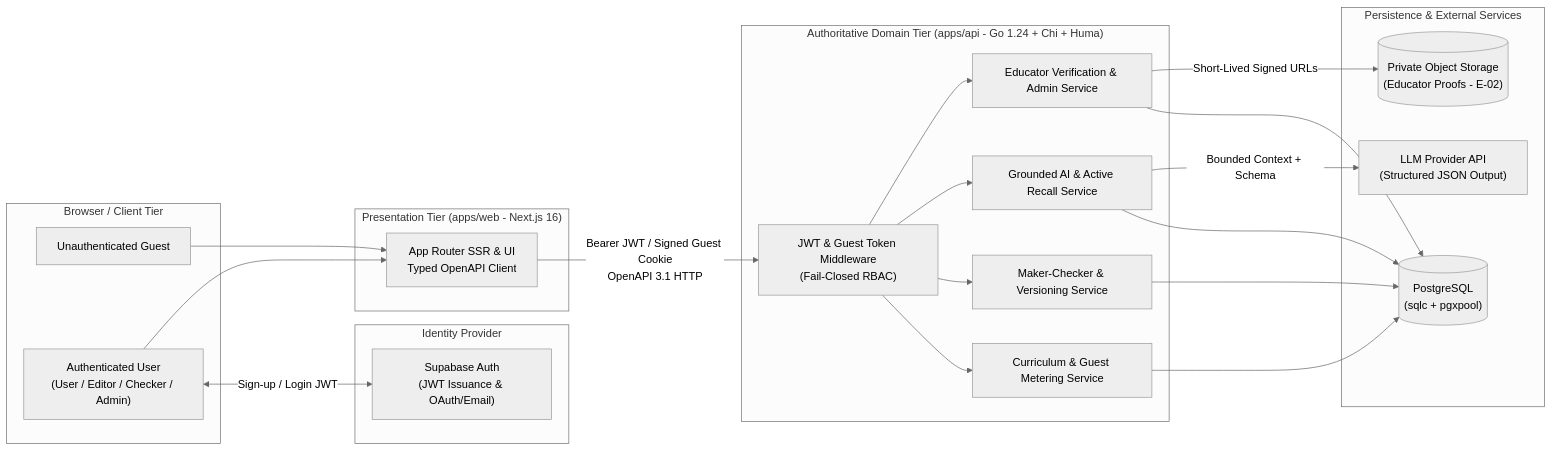
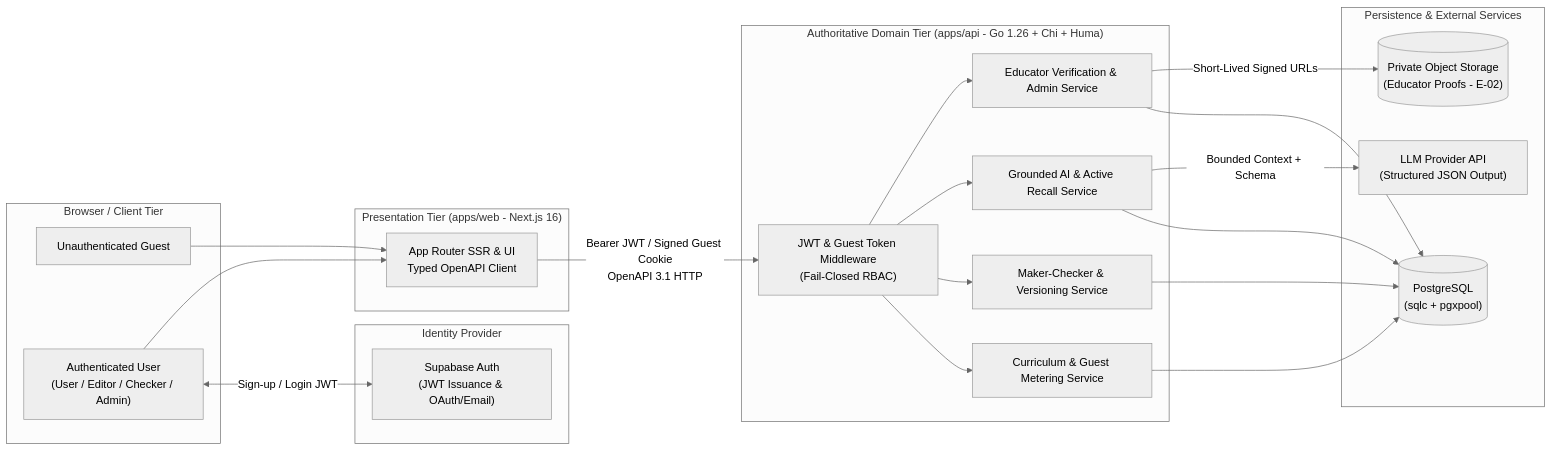
Before and after one commit to xiscohonggono/Idep: the first of 3 diagrams in docs/architecture/architectural_decisions.md, drawn with Mermaid (neutral theme). The commit also changed other lines of this file and 47 other files, not shown here.

````diff
--- a/docs/architecture/architectural_decisions.md
+++ b/docs/architecture/architectural_decisions.md
@@ -49,44 +49,44 @@
 ```mermaid
 flowchart LR
     subgraph Client["Browser / Client Tier"]
         Guest["Unauthenticated Guest"]
         AuthUser["Authenticated User\n(User / Editor / Checker / Admin)"]
     end
 
     subgraph WebBoundary["Presentation Tier (apps/web - Next.js 16)"]
         NextSSR["App Router SSR & UI\nTyped OpenAPI Client"]
     end
 
     subgraph AuthProvider["Identity Provider"]
         SupaAuth["Supabase Auth\n(JWT Issuance & OAuth/Email)"]
     end
 
-    subgraph APIBoundary["Authoritative Domain Tier (apps/api - Go 1.24 + Chi + Huma)"]
+    subgraph APIBoundary["Authoritative Domain Tier (apps/api - Go 1.26 + Chi + Huma)"]
         AuthMW["JWT & Guest Token Middleware\n(Fail-Closed RBAC)"]
         ReaderSvc["Curriculum & Guest Metering Service"]
         EditorialSvc["Maker-Checker & Versioning Service"]
         AISvc["Grounded AI & Active Recall Service"]
         TrustSvc["Educator Verification & Admin Service"]
     end
 
     subgraph DataBoundary["Persistence & External Services"]
         PG[("PostgreSQL\n(sqlc + pgxpool)")]
         ObjStore[("Private Object Storage\n(Educator Proofs - E-02)")]
         LLM["LLM Provider API\n(Structured JSON Output)"]
     end
 
     Guest --> NextSSR
     AuthUser <-->|"Sign-up / Login JWT"| SupaAuth
     AuthUser --> NextSSR
     NextSSR -->|"Bearer JWT / Signed Guest Cookie\nOpenAPI 3.1 HTTP"| AuthMW
     AuthMW --> ReaderSvc
     AuthMW --> EditorialSvc
     AuthMW --> AISvc
     AuthMW --> TrustSvc
     ReaderSvc --> PG
     EditorialSvc --> PG
     AISvc --> PG
     AISvc -->|"Bounded Context + Schema"| LLM
     TrustSvc --> PG
     TrustSvc -->|"Short-Lived Signed URLs"| ObjStore
 ```
````
